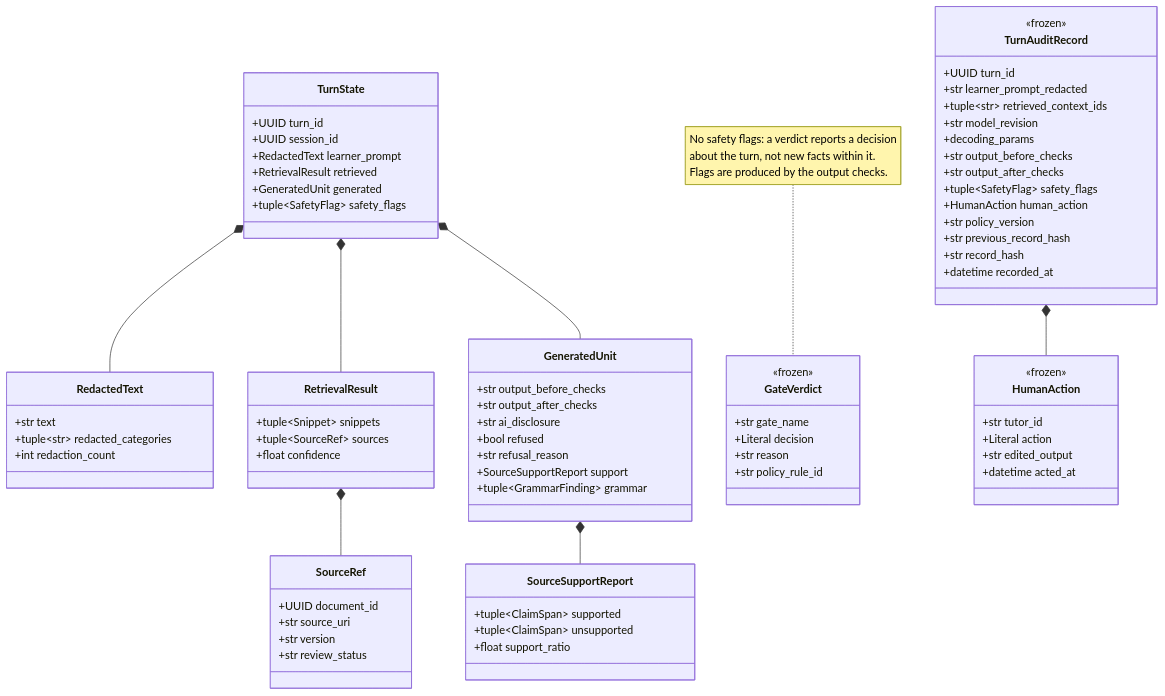
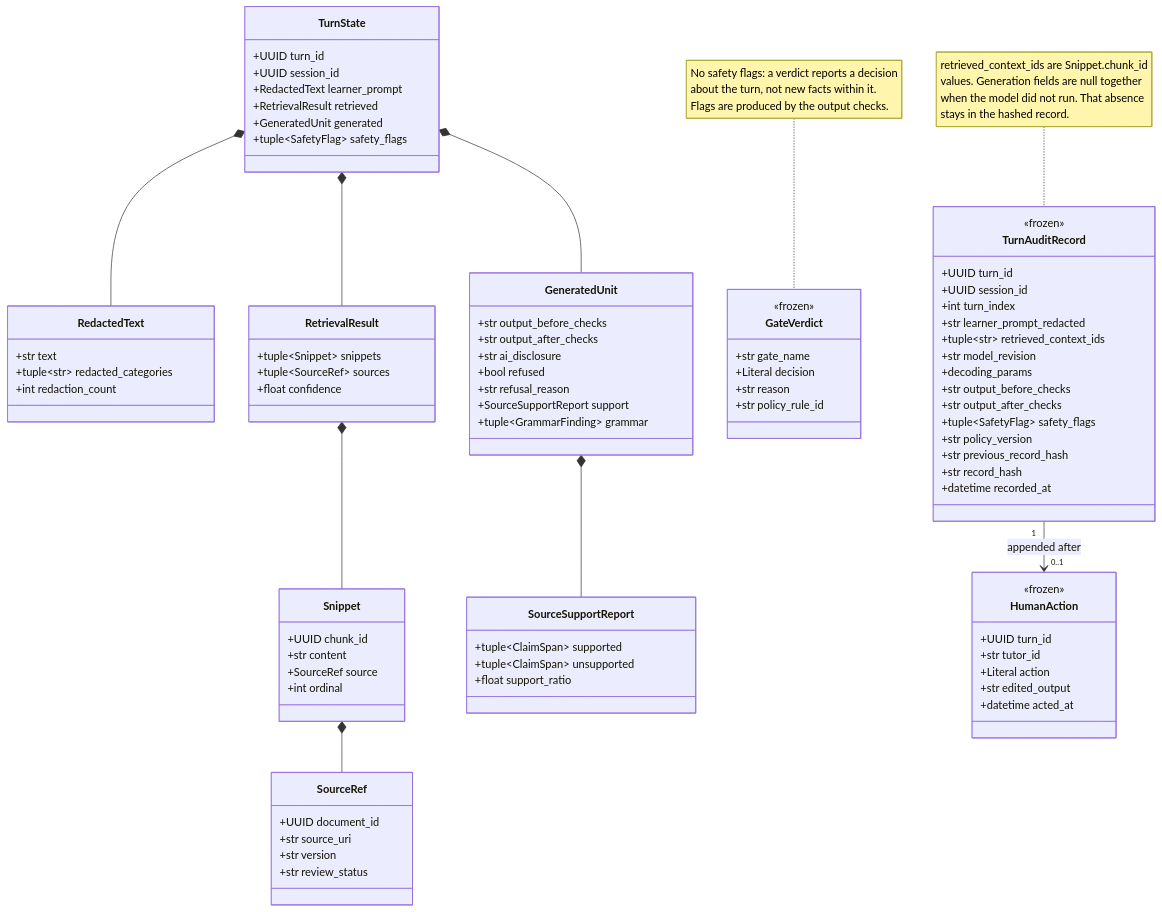
Before and after one commit to basiliofarach/two-agent-orchestration-language-learning: the sixth of 11 diagrams in docs/architecture/ARCHITECTURE.md, drawn with Mermaid. The commit also changed other lines of this file and 35 other files, not shown here.

First line of the commit message:
(BAS-44, BAS-11): enhance audit schema with session tracking and chain verification (#4)

````diff
--- a/docs/architecture/ARCHITECTURE.md
+++ b/docs/architecture/ARCHITECTURE.md
@@ -399,6 +401,13 @@
         +tuple~Snippet~ snippets
         +tuple~SourceRef~ sources
         +float confidence
+    }
+
+    class Snippet {
+        +UUID chunk_id
+        +str content
+        +SourceRef source
+        +int ordinal
     }
 
     class SourceRef {
@@ -436,6 +445,8 @@
     class TurnAuditRecord {
         <<frozen>>
         +UUID turn_id
+        +UUID session_id
+        +int turn_index
         +str learner_prompt_redacted
         +tuple~str~ retrieved_context_ids
         +str model_revision
@@ -443,15 +454,16 @@
         +str output_before_checks
         +str output_after_checks
         +tuple~SafetyFlag~ safety_flags
-        +HumanAction human_action
         +str policy_version
         +str previous_record_hash
         +str record_hash
         +datetime recorded_at
     }
+    note for TurnAuditRecord "retrieved_context_ids are Snippet.chunk_id<br/>values. Generation fields are null together<br/>when the model did not run. That absence<br/>stays in the hashed record."
 
     class HumanAction {
         <<frozen>>
+        +UUID turn_id
         +str tutor_id
         +Literal action
         +str edited_output
@@ -461,7 +473,8 @@
     TurnState *-- RedactedText
     TurnState *-- RetrievalResult
     TurnState *-- GeneratedUnit
-    RetrievalResult *-- SourceRef
+    RetrievalResult *-- Snippet
+    Snippet *-- SourceRef
     GeneratedUnit *-- SourceSupportReport
-    TurnAuditRecord *-- HumanAction
+    TurnAuditRecord "1" --> "0..1" HumanAction : appended after
 ```
````
